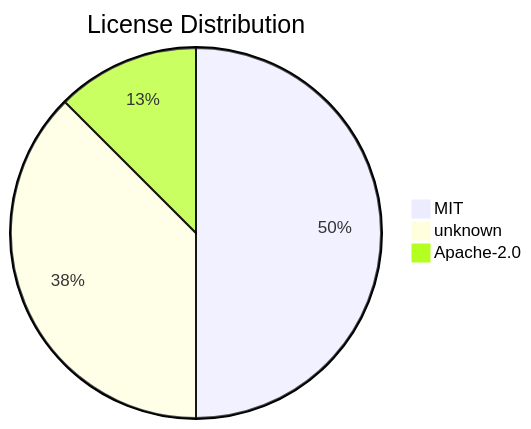
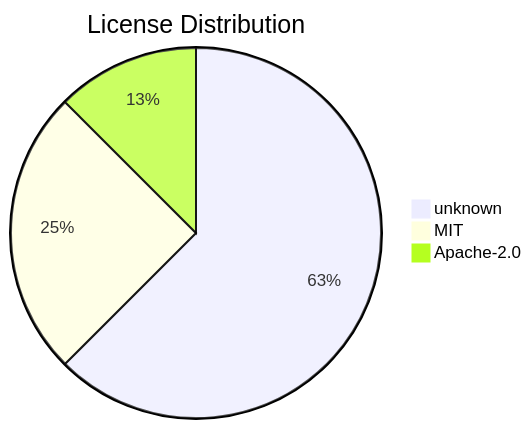
The diagram in .shipwright/compliance/sbom.md (svenroth-ai/shipwright), drawn with Mermaid before and after one commit. The commit also changed other lines of this file and 18 other files, not shown here.

````diff
--- a/.shipwright/compliance/sbom.md
+++ b/.shipwright/compliance/sbom.md
@@ -17,6 +17,6 @@
 ```mermaid
 pie title License Distribution
-    "MIT" : 4
-    "unknown" : 3
+    "unknown" : 5
+    "MIT" : 2
     "Apache-2.0" : 1
 ```
````
